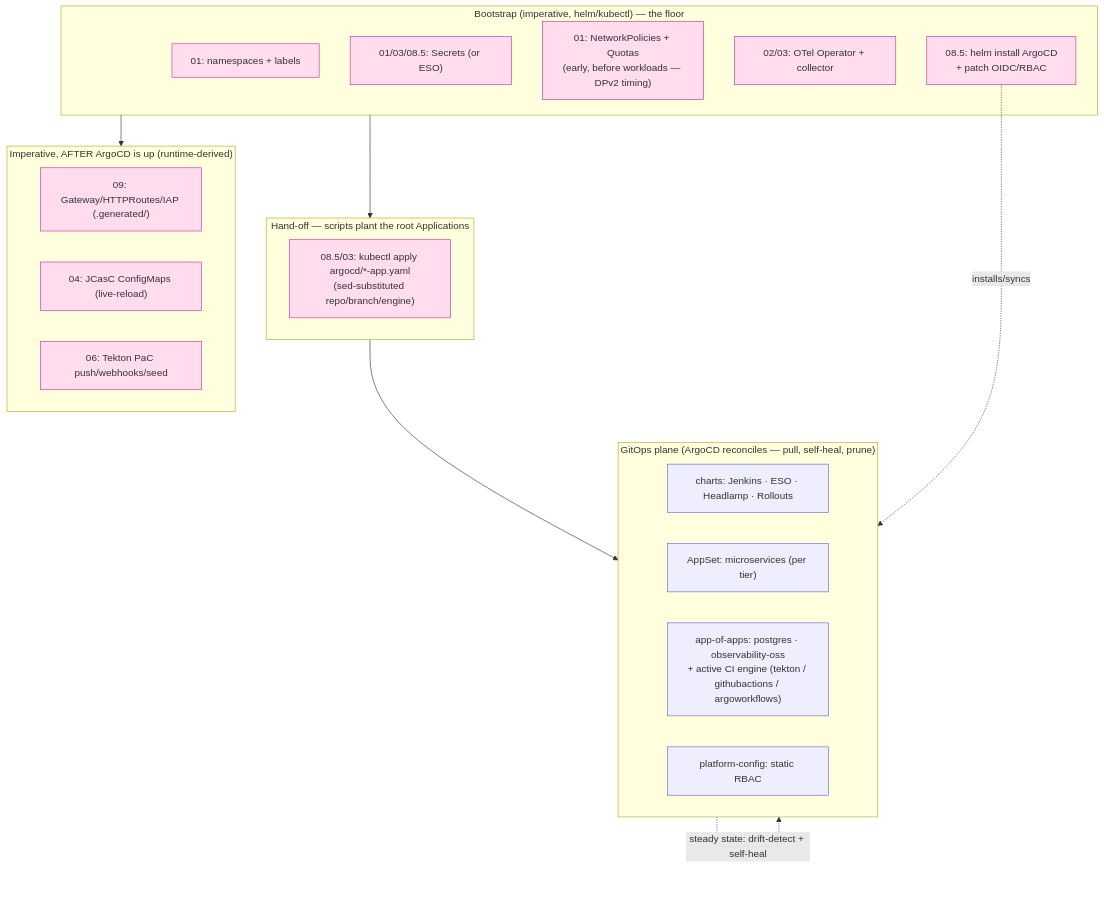
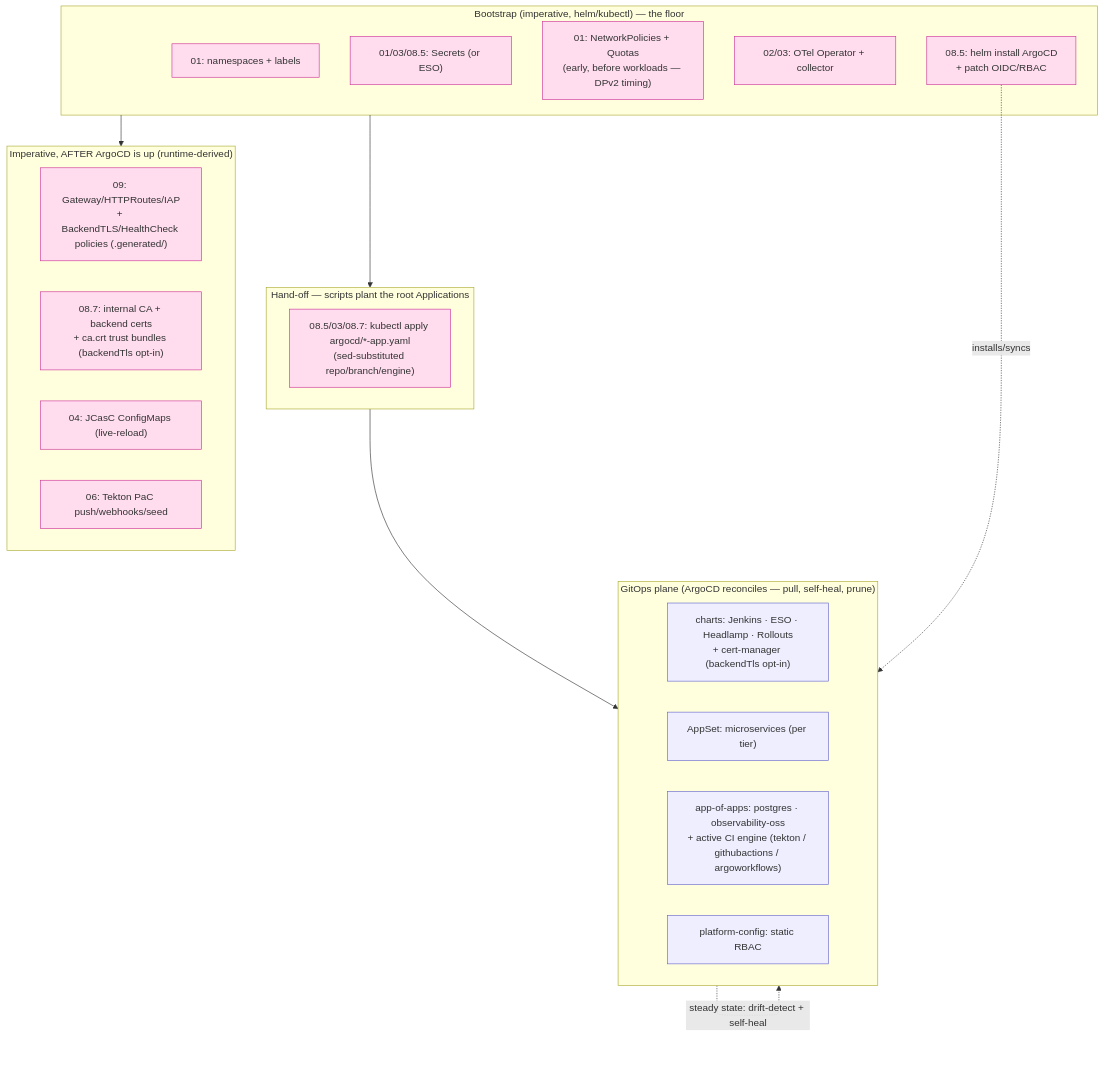
One commit to nubenetes/jenkins-2026 changed the sixth of 11 diagrams in docs/201-ARCHITECTURE.md. Above: the diagram before and after it, drawn with Mermaid. The commit also changed other lines of this file and 21 other files, not shown here.

First line of the commit message:
feat(gateway): opt-in backend TLS — LB→pod re-encryption via cert-manager + BackendTLSPolicy (stage 1: Headlamp) (#554)

````diff
--- a/docs/201-ARCHITECTURE.md
+++ b/docs/201-ARCHITECTURE.md
@@ -593,34 +594,35 @@
 ```mermaid
 flowchart TD
     subgraph BOOT["Bootstrap (imperative, helm/kubectl) — the floor"]
         NS["01: namespaces + labels"]
         SEC["01/03/08.5: Secrets (or ESO)"]
         NP["01: NetworkPolicies + Quotas<br/>(early, before workloads — DPv2 timing)"]
         OP["02/03: OTel Operator + collector"]
         ARGO["08.5: helm install ArgoCD<br/>+ patch OIDC/RBAC"]
     end
     subgraph PLANT["Hand-off — scripts plant the root Applications"]
-        APPS["08.5/03: kubectl apply argocd/*-app.yaml<br/>(sed-substituted repo/branch/engine)"]
+        APPS["08.5/03/08.7: kubectl apply argocd/*-app.yaml<br/>(sed-substituted repo/branch/engine)"]
     end
     subgraph PULL["GitOps plane (ArgoCD reconciles — pull, self-heal, prune)"]
-        CHARTS["charts: Jenkins · ESO · Headlamp · Rollouts"]
+        CHARTS["charts: Jenkins · ESO · Headlamp · Rollouts<br/>+ cert-manager (backendTls opt-in)"]
         FLEET["AppSet: microservices (per tier)"]
         AOA["app-of-apps: postgres · observability-oss<br/>+ active CI engine (tekton / githubactions / argoworkflows)"]
         PCFG["platform-config: static RBAC"]
     end
     subgraph RUNTIME["Imperative, AFTER ArgoCD is up (runtime-derived)"]
-        GW["09: Gateway/HTTPRoutes/IAP (.generated/)"]
+        GW["09: Gateway/HTTPRoutes/IAP<br/>+ BackendTLS/HealthCheck policies (.generated/)"]
+        BTLS["08.7: internal CA + backend certs<br/>+ ca.crt trust bundles (backendTls opt-in)"]
         JCASC["04: JCasC ConfigMaps (live-reload)"]
         SIDE["06: Tekton PaC push/webhooks/seed"]
     end
 
     BOOT --> PLANT --> PULL
     ARGO -.->|"installs/syncs"| PULL
     BOOT --> RUNTIME
     PULL -.->|"steady state: drift-detect + self-heal"| PULL
 
     classDef imp fill:#fde,stroke:#c39;
     classDef git fill:#eef,stroke:#66c;
-    class NS,SEC,NP,OP,ARGO,APPS,GW,JCASC,SIDE imp;
+    class NS,SEC,NP,OP,ARGO,APPS,GW,BTLS,JCASC,SIDE imp;
     class CHARTS,FLEET,AOA,PCFG git;
 ```
````
